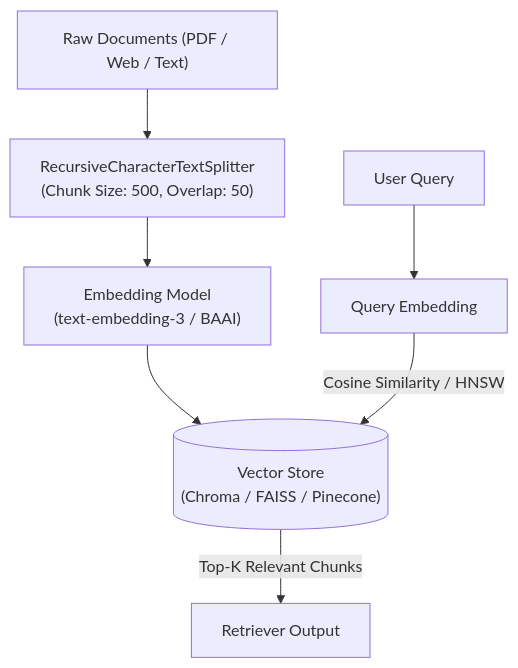
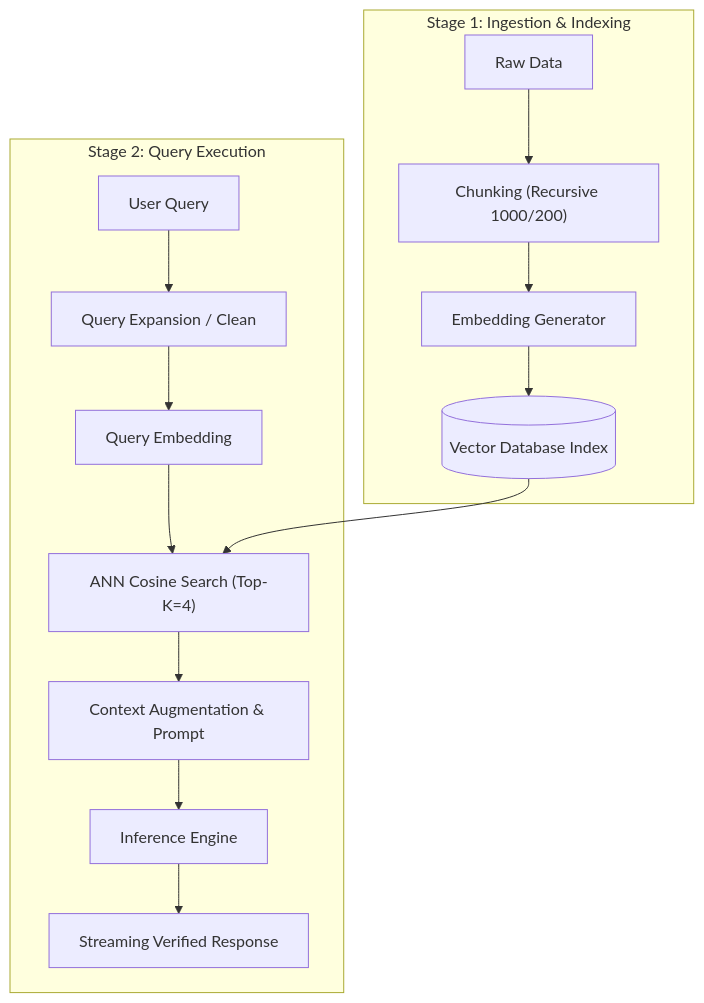
Before and after one commit to DeshDeepakKant/ai-engineering-docs: the diagram in docs/03-advanced-rag-memory/03-complete-rag-krishnaik/02-2-build-rag-pipeline-from-scratch-data-i.md, drawn with Mermaid. The commit also changed other lines of this file and 182 other files, not shown here.

````diff
--- a/docs/03-advanced-rag-memory/03-complete-rag-krishnaik/02-2-build-rag-pipeline-from-scratch-data-i.md
+++ b/docs/03-advanced-rag-memory/03-complete-rag-krishnaik/02-2-build-rag-pipeline-from-scratch-data-i.md
@@ -35,9 +35,18 @@
 ```mermaid
 flowchart TD
-    D["Raw Documents (PDF / Web / Text)"] --> S["RecursiveCharacterTextSplitter\n(Chunk Size: 500, Overlap: 50)"]
-    S --> E["Embedding Model\n(text-embedding-3 / BAAI)"]
-    E --> V[("Vector Store\n(Chroma / FAISS / Pinecone)")]
-    Q["User Query"] --> EQ["Query Embedding"]
-    EQ -->|Cosine Similarity / HNSW| V
-    V -->|Top-K Relevant Chunks| R["Retriever Output"]
+    subgraph Ingestion["Stage 1: Ingestion & Indexing"]
+        Raw["Raw Data"] --> Split["Chunking (Recursive 1000/200)"]
+        Split --> Enc["Embedding Generator"]
+        Enc --> Store[("Vector Database Index")]
+    end
+
+    subgraph Query["Stage 2: Query Execution"]
+        Q["User Query"] --> Trans["Query Expansion / Clean"]
+        Trans --> QEnc["Query Embedding"]
+        QEnc --> ANN["ANN Cosine Search (Top-K=4)"]
+        Store --> ANN
+        ANN --> Synth["Context Augmentation & Prompt"]
+        Synth --> LLM["Inference Engine"]
+        LLM --> Out["Streaming Verified Response"]
+    end
 ```
````
